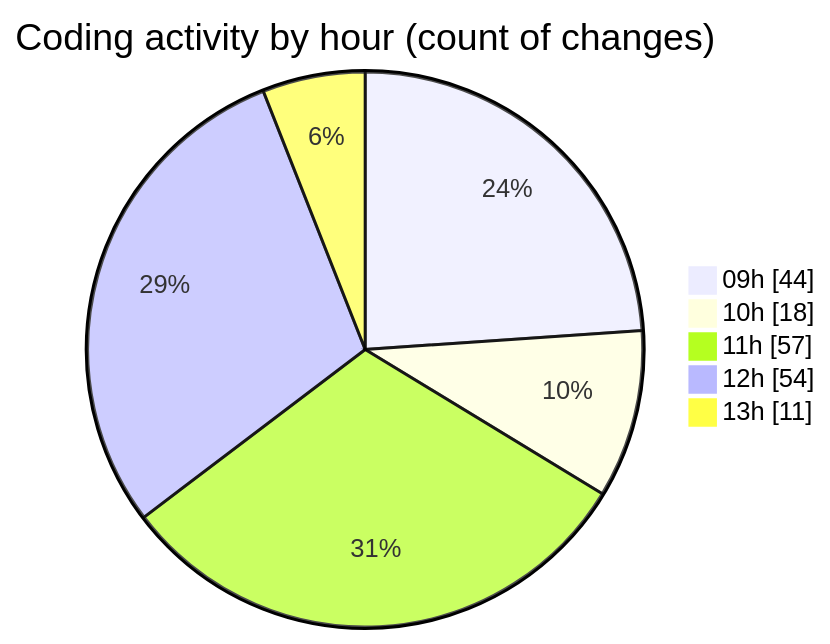
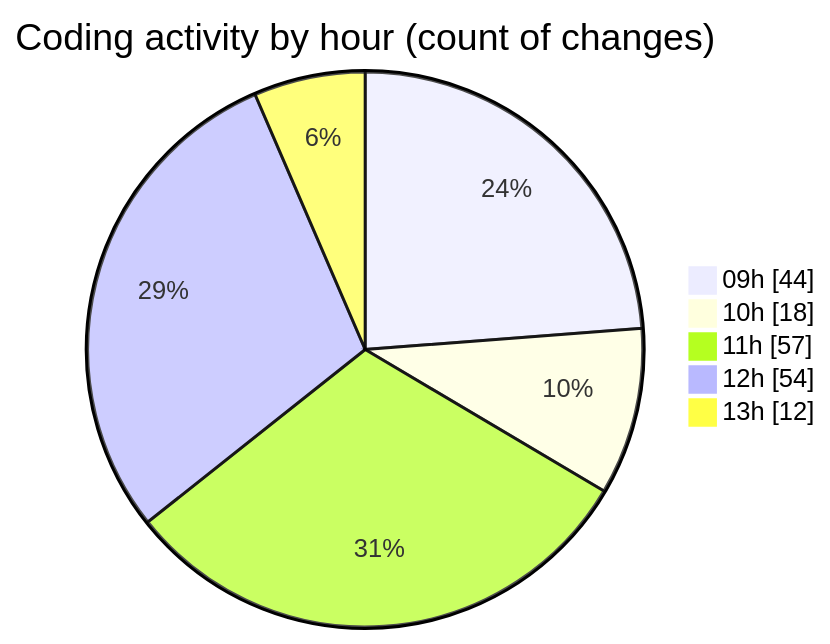
One commit to momahboobian/code-tracking changed the second of 2 diagrams in 2026-08-07/cda/README.md. Above: the diagram before and after it, drawn with Mermaid. The commit also changed other lines of this file and 1 other file, not shown here.

````diff
--- a/2026-08-07/cda/README.md
+++ b/2026-08-07/cda/README.md
@@ -47,9 +47,9 @@
 ```mermaid
 pie showData
 title Coding activity by hour (count of changes)
 "09h" : 44
 "10h" : 18
 "11h" : 57
 "12h" : 54
-"13h" : 11
+"13h" : 12
 ```
````
